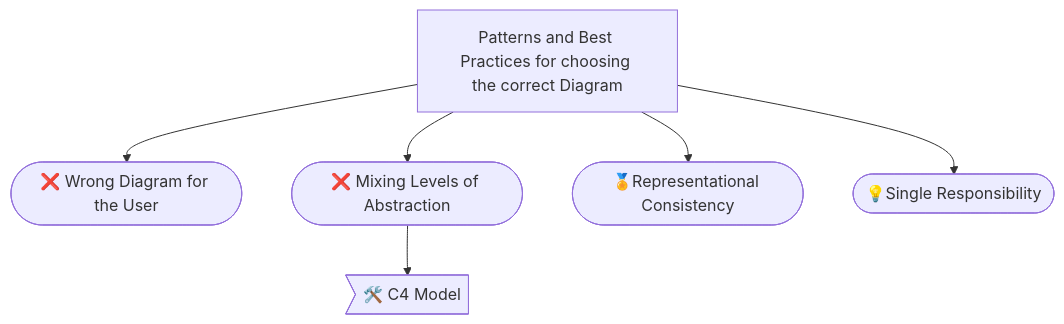
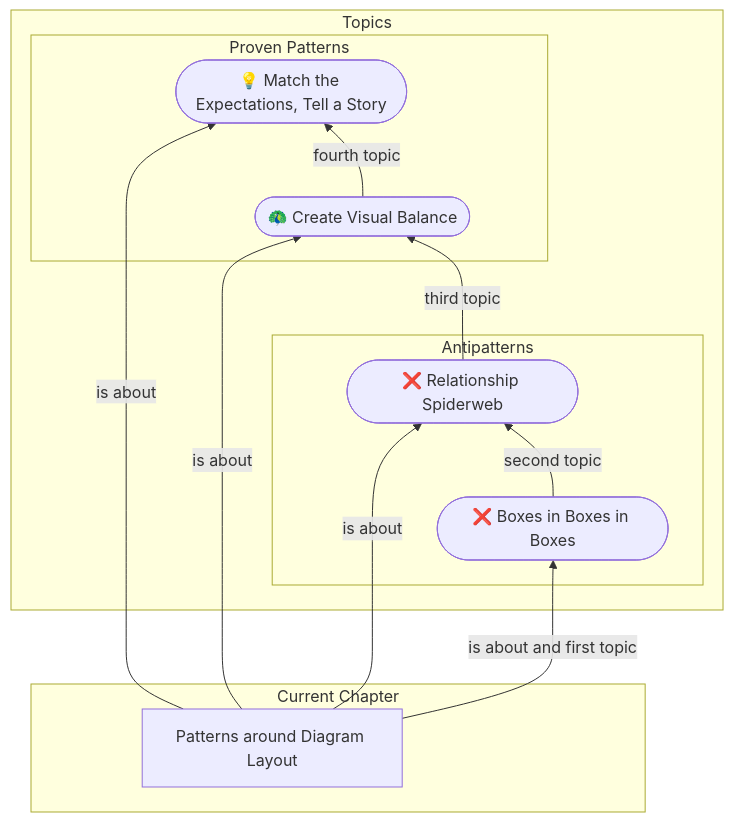
One commit to sofia-fischer/philo-blog changed the second of 3 diagrams in content/posts/2025-10-communication-patterns.md. Above: the diagram before and after it, drawn with Mermaid. The commit also changed other lines of this file and 53 other files, not shown here.

```diff
--- a/content/posts/2025-10-communication-patterns.md
+++ b/content/posts/2025-10-communication-patterns.md
@@ -73,20 +164,27 @@
-{{<mermaid>}}
-graph TD
-A[Patterns and Best Practices for choosing the correct Diagram]
+{{< mermaid >}}
+graph BT
 
-    A1(["❌ Wrong Diagram for the User"])
-    A2(["❌ Mixing Levels of Abstraction"])
-    A2b@{ shape: odd, label: "🛠️ C4 Model" }
-    A3(["🏅Representational Consistency"])
-    A4(["💡Single Responsibility"])
+subgraph Topics
+subgraph Antipatterns
+A1(["❌ Boxes in Boxes in Boxes"])
+A2(["❌ Relationship Spiderweb"])
+end
+subgraph Proven Patterns
+A3(["🦚 Create Visual Balance"])
+A4(["💡 Match the Expectations, Tell a Story"])
+end
+end
+subgraph Current Chapter
+A[Patterns around Diagram Layout]
+end
 
     %% Links
-    A --> A1
-    A --> A2
-    A --> A3
-    A --> A4
-    A2 --> A2b
-
-    %% Style
+    A --is about and first topic--> A1
+    A --is about--> A2
+    A --is about--> A3
+    A --is about--> A4
+    A1 --second topic--> A2
+    A2 --third topic--> A3
+    A3 --fourth topic--> A4
 
 {{< /mermaid >}}
```
